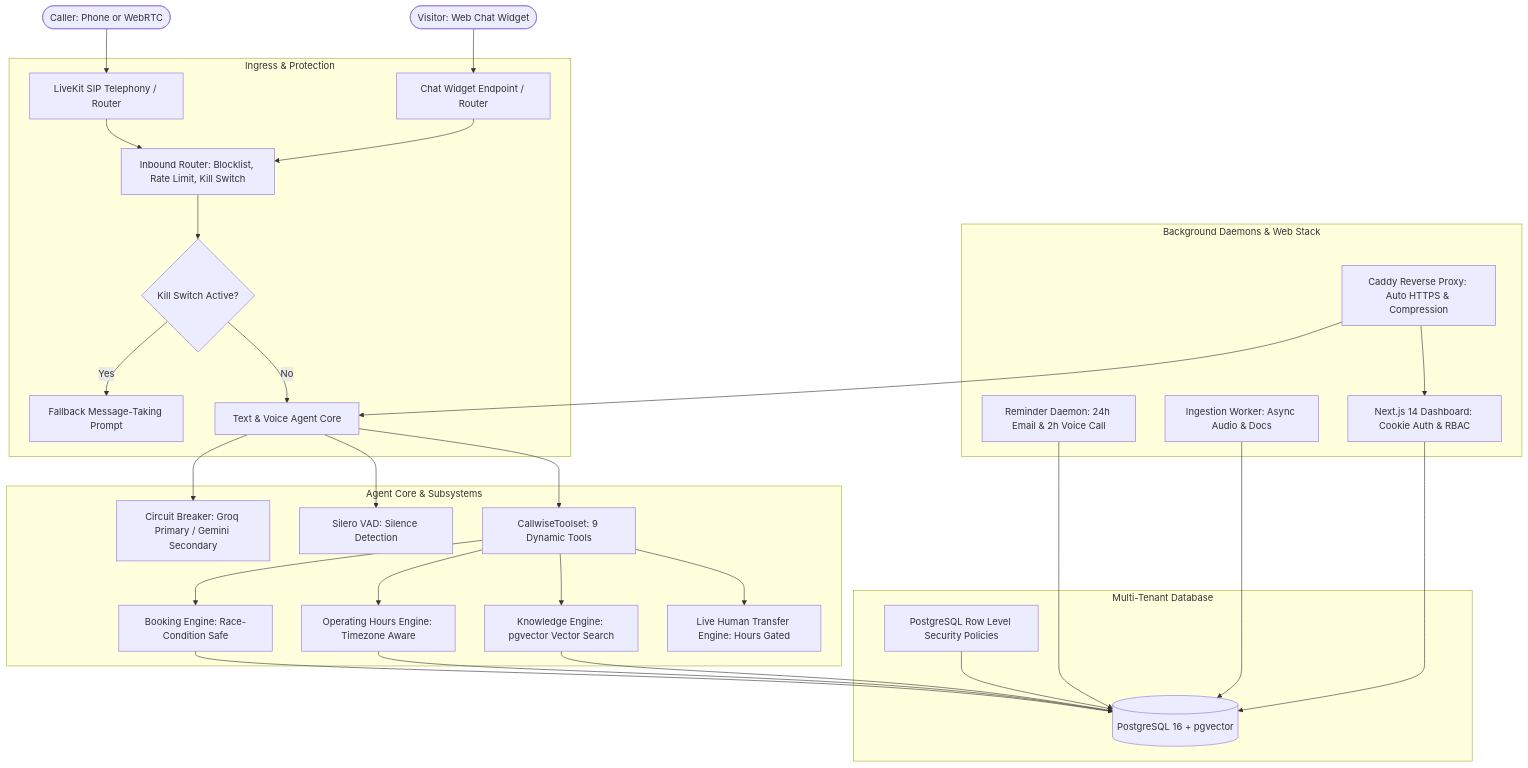
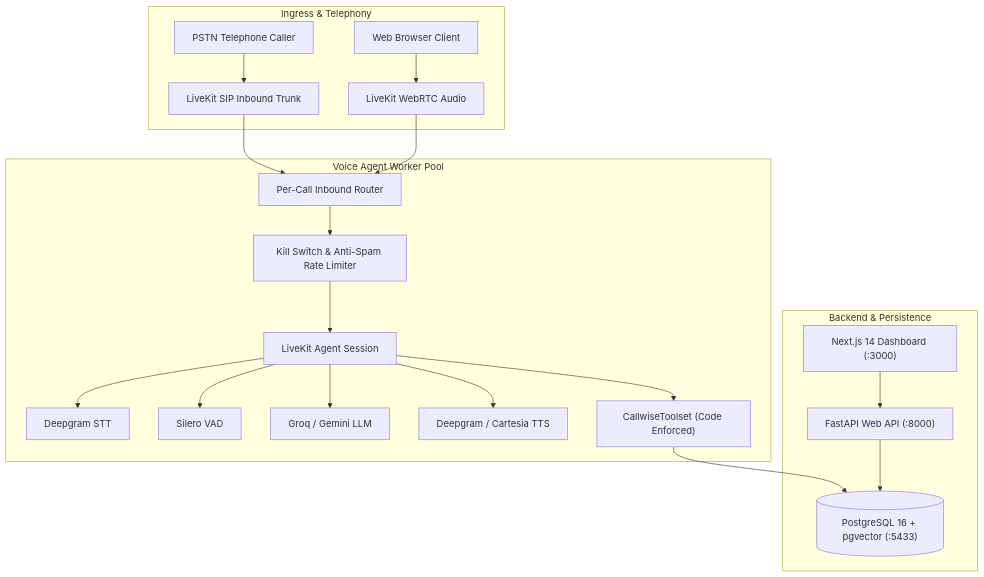
Before and after one commit to Bhumit267/CallWise: the second of 2 diagrams in README.md, drawn with Mermaid. The commit also changed other lines of this file and 17 other files, not shown here.

````diff
--- a/README.md
+++ b/README.md
@@ -11,38 +82,28 @@
 ```mermaid
 flowchart TD
-    InboundCaller([Caller: Phone or WebRTC]) --> SIP[LiveKit SIP Telephony / Router]
-    WebVisitor([Visitor: Web Chat Widget]) --> WidgetAPI[Chat Widget Endpoint / Router]
-
-    subgraph Ingress & Protection
-        SIP --> InboundRouter[Inbound Router: Blocklist, Rate Limit, Kill Switch]
-        WidgetAPI --> InboundRouter
-        InboundRouter --> KillSwitch{Kill Switch Active?}
-        KillSwitch -- Yes --> FallbackMsg[Fallback Message-Taking Prompt]
-        KillSwitch -- No --> AgentCore[Text & Voice Agent Core]
+    subgraph Ingress["Ingress & Telephony"]
+        PSTN["PSTN Telephone Caller"] --> SIP["LiveKit SIP Inbound Trunk"]
+        Browser["Web Browser Client"] --> WebRTC["LiveKit WebRTC Audio"]
     end
 
-    subgraph Agent Core & Subsystems
-        AgentCore --> CircuitBreaker[Circuit Breaker: Groq Primary / Gemini Secondary]
-        AgentCore --> VAD[Silero VAD: Silence Detection]
-        AgentCore --> Tools[CallwiseToolset: 9 Dynamic Tools]
-        Tools --> Hours[Operating Hours Engine: Timezone Aware]
-        Tools --> KB[Knowledge Engine: pgvector Vector Search]
-        Tools --> Booking[Booking Engine: Race-Condition Safe]
-        Tools --> Transfer[Live Human Transfer Engine: Hours Gated]
+    subgraph WorkerPool["Voice Agent Worker Pool"]
+        SIP --> Router["Per-Call Inbound Router"]
+        WebRTC --> Router
+        Router --> Safety["Kill Switch & Anti-Spam Rate Limiter"]
+        Safety --> AgentSession["LiveKit Agent Session"]
+        AgentSession --> STT["Deepgram STT"]
+        AgentSession --> VAD["Silero VAD"]
+        AgentSession --> LLM["Groq / Gemini LLM"]
+        AgentSession --> TTS["Deepgram / Cartesia TTS"]
+        AgentSession --> Toolset["CallwiseToolset (Code Enforced)"]
     end
 
-    subgraph Multi-Tenant Database
-        Booking --> DB[(PostgreSQL 16 + pgvector)]
-        Hours --> DB
-        KB --> DB
-        RLS[PostgreSQL Row Level Security Policies] --> DB
-    end
-
-    subgraph Background Daemons & Web Stack
-        Reminders[Reminder Daemon: 24h Email & 2h Voice Call] --> DB
-        Worker[Ingestion Worker: Async Audio & Docs] --> DB
-        Dashboard[Next.js 14 Dashboard: Cookie Auth & RBAC] --> DB
-        Caddy[Caddy Reverse Proxy: Auto HTTPS & Compression] --> Dashboard
-        Caddy --> AgentCore
+    subgraph BackendData["Backend & Persistence"]
+        FastAPI["FastAPI Web API (:8000)"]
+        NextJS["Next.js 14 Dashboard (:3000)"]
+        DB[("PostgreSQL 16 + pgvector (:5433)")]
+        Toolset --> DB
+        FastAPI --> DB
+        NextJS --> FastAPI
     end
 ```
````
